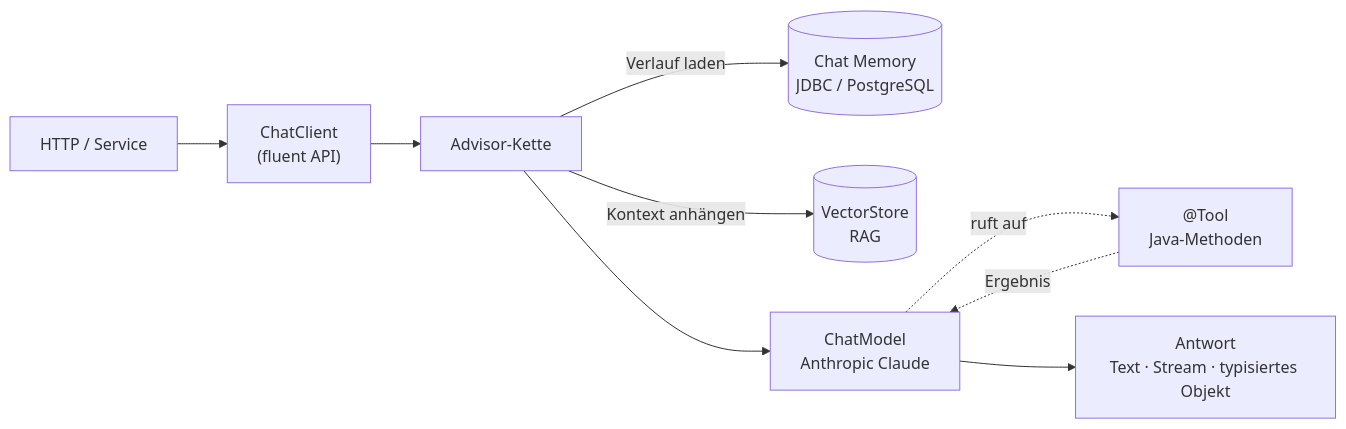
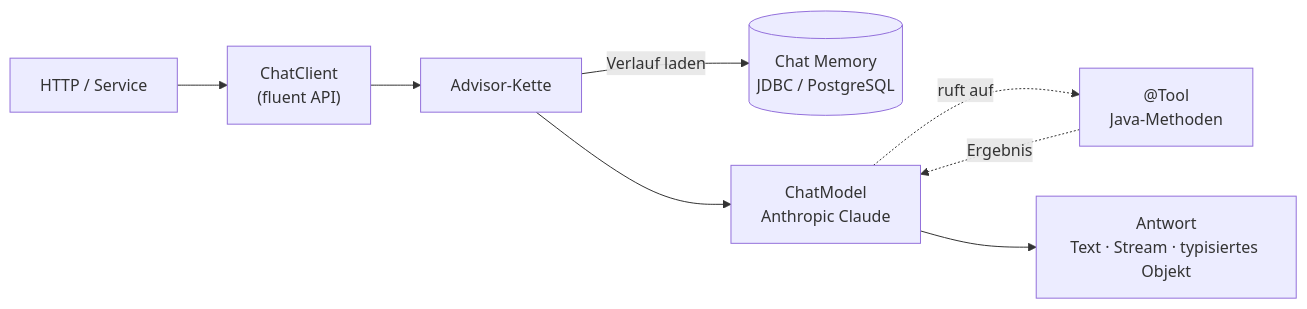
One commit to maierzone/spring_ai_spring_boot_4_exploring_features changed the first of 2 diagrams in slides/slides.md. Above: the diagram before and after it, drawn with Mermaid. The commit also changed other lines of this file, not shown here.

First line of the commit message:
slides: RAG entfernen, Agentic Pattern Evaluator-Optimizer hinzufügen

````diff
--- a/slides/slides.md
+++ b/slides/slides.md
@@ -101,11 +101,10 @@
 ```mermaid {scale: 0.72}
 flowchart LR
   REQ["HTTP / Service"] --> CC["ChatClient<br/>(fluent API)"]
   CC --> ADV["Advisor-Kette"]
   ADV -->|Verlauf laden| MEM[("Chat Memory<br/>JDBC / PostgreSQL")]
-  ADV -->|Kontext anhängen| VS[("VectorStore<br/>RAG")]
   ADV --> MODEL["ChatModel<br/>Anthropic Claude"]
   MODEL -.->|ruft auf| TOOLS["@Tool<br/>Java-Methoden"]
   TOOLS -.->|Ergebnis| MODEL
   MODEL --> OUT["Antwort<br/>Text · Stream · typisiertes Objekt"]
 ```
````
